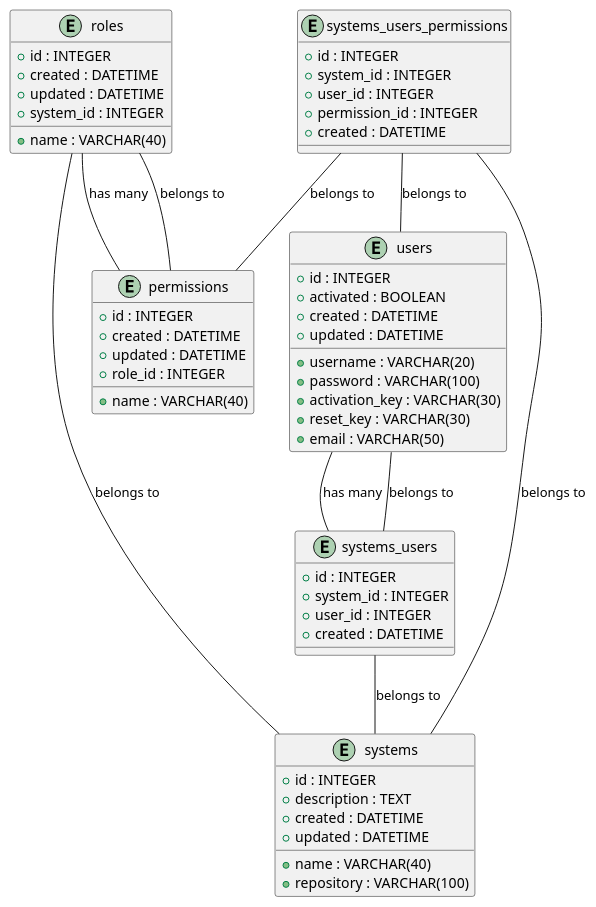
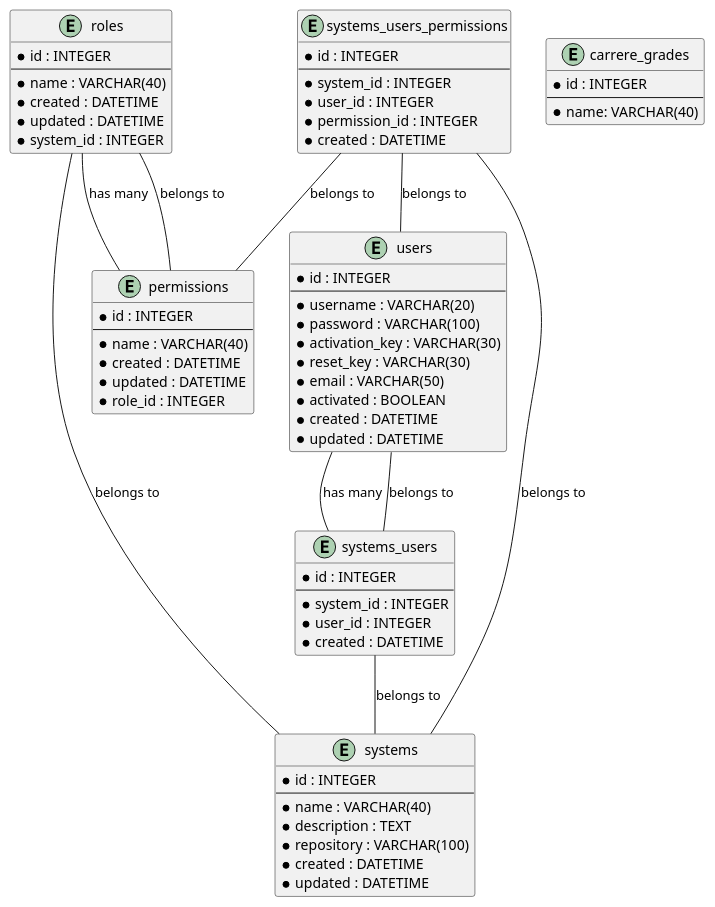
Before and after one commit to pepeul1191/flask-llm-rag-dbmate: the diagram in scripts/ejemplo.puml, drawn with PlantUML. The commit also changed 7 other files, not shown here.

```diff
--- a/scripts/ejemplo.puml
+++ b/scripts/ejemplo.puml
@@ -1,65 +1,78 @@
 @startuml
 
-entity "users" as u {
-  +id : INTEGER
-  +username : VARCHAR(20)
-  +password : VARCHAR(100)
-  +activation_key : VARCHAR(30)
-  +reset_key : VARCHAR(30)
-  +email : VARCHAR(50)
-  +activated : BOOLEAN
-  +created : DATETIME
-  +updated : DATETIME
+entity users {
+  * id : INTEGER
+  --
+  * username : VARCHAR(20)
+  * password : VARCHAR(100)
+  * activation_key : VARCHAR(30)
+  * reset_key : VARCHAR(30)
+  * email : VARCHAR(50)
+  * activated : BOOLEAN
+  * created : DATETIME
+  * updated : DATETIME
 }
 
-entity "systems" as s {
-  +id : INTEGER
-  +name : VARCHAR(40)
-  +description : TEXT
-  +repository : VARCHAR(100)
-  +created : DATETIME
-  +updated : DATETIME
+entity systems {
+  * id : INTEGER
+  --
+  * name : VARCHAR(40)
+  * description : TEXT
+  * repository : VARCHAR(100)
+  * created : DATETIME
+  * updated : DATETIME
 }
 
-entity "roles" as r {
-  +id : INTEGER
-  +name : VARCHAR(40)
-  +created : DATETIME
-  +updated : DATETIME
-  +system_id : INTEGER
+entity roles {
+  * id : INTEGER
+  --
+  * name : VARCHAR(40)
+  * created : DATETIME
+  * updated : DATETIME
+  * system_id : INTEGER
 }
 
-entity "permissions" as p {
-  +id : INTEGER
-  +name : VARCHAR(40)
-  +created : DATETIME
-  +updated : DATETIME
-  +role_id : INTEGER
+entity permissions {
+  * id : INTEGER
+  --
+  * name : VARCHAR(40)
+  * created : DATETIME
+  * updated : DATETIME
+  * role_id : INTEGER
 }
 
-entity "systems_users" as su {
-  +id : INTEGER
-  +system_id : INTEGER
-  +user_id : INTEGER
-  +created : DATETIME
+entity systems_users {
+  * id : INTEGER
+  --
+  * system_id : INTEGER
+  * user_id : INTEGER
+  * created : DATETIME
 }
 
-entity "systems_users_permissions" as sup {
-  +id : INTEGER
-  +system_id : INTEGER
-  +user_id : INTEGER
-  +permission_id : INTEGER
-  +created : DATETIME
+entity systems_users_permissions {
+  * id : INTEGER
+  --
+  * system_id : INTEGER
+  * user_id : INTEGER
+  * permission_id : INTEGER
+  * created : DATETIME
 }
 
-u -- su : "has many"
-su -- s : "belongs to"
-su -- u : "belongs to"
-r -- p : "has many"
-p -- r : "belongs to"
-r -- s : "belongs to"
-sup -- s : "belongs to"
-sup -- u : "belongs to"
-sup -- p : "belongs to"
+entity carrere_grades {
+  * id : INTEGER
+  --
+  * name: VARCHAR(40)
+}
+
+' Relaciones
+users -- systems_users : "has many"
+systems_users -- systems : "belongs to"
+systems_users -- users : "belongs to"
+roles -- permissions : "has many"
+permissions -- roles : "belongs to"
+roles -- systems : "belongs to"
+systems_users_permissions -- systems : "belongs to"
+systems_users_permissions -- users : "belongs to"
+systems_users_permissions -- permissions : "belongs to"
 
 @enduml
```
